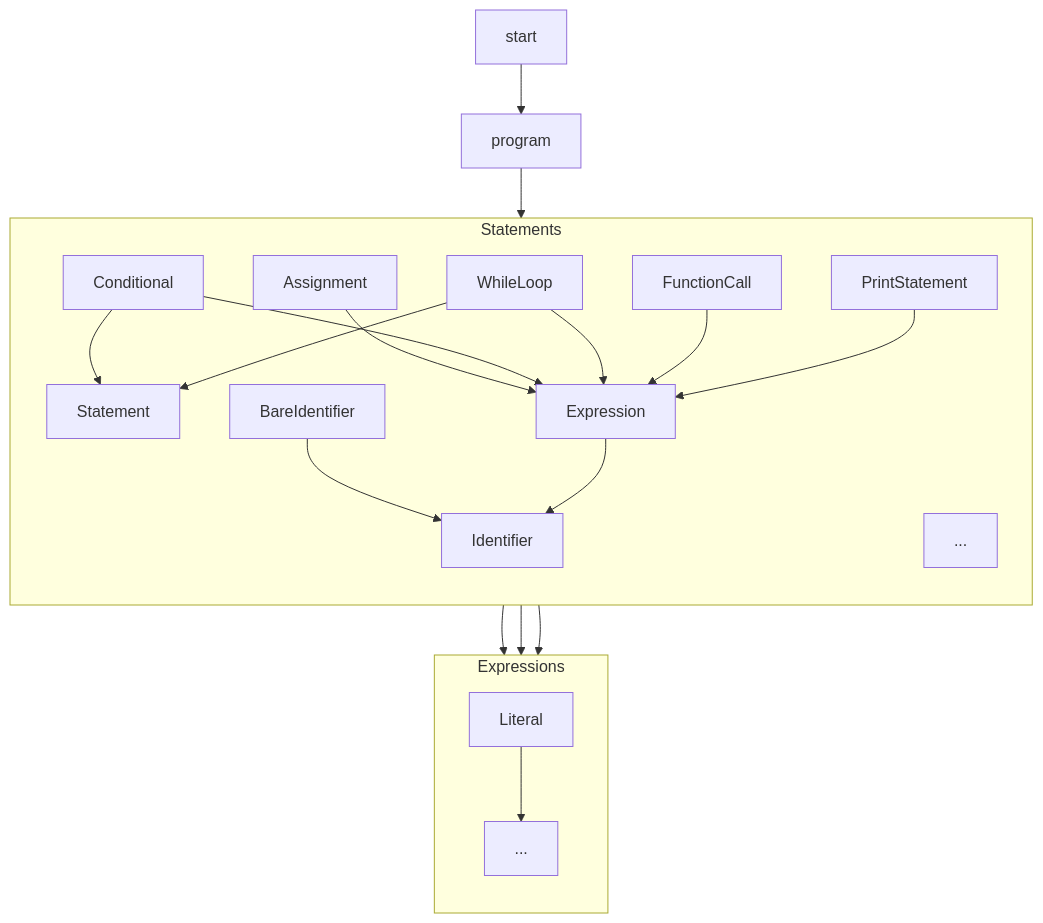
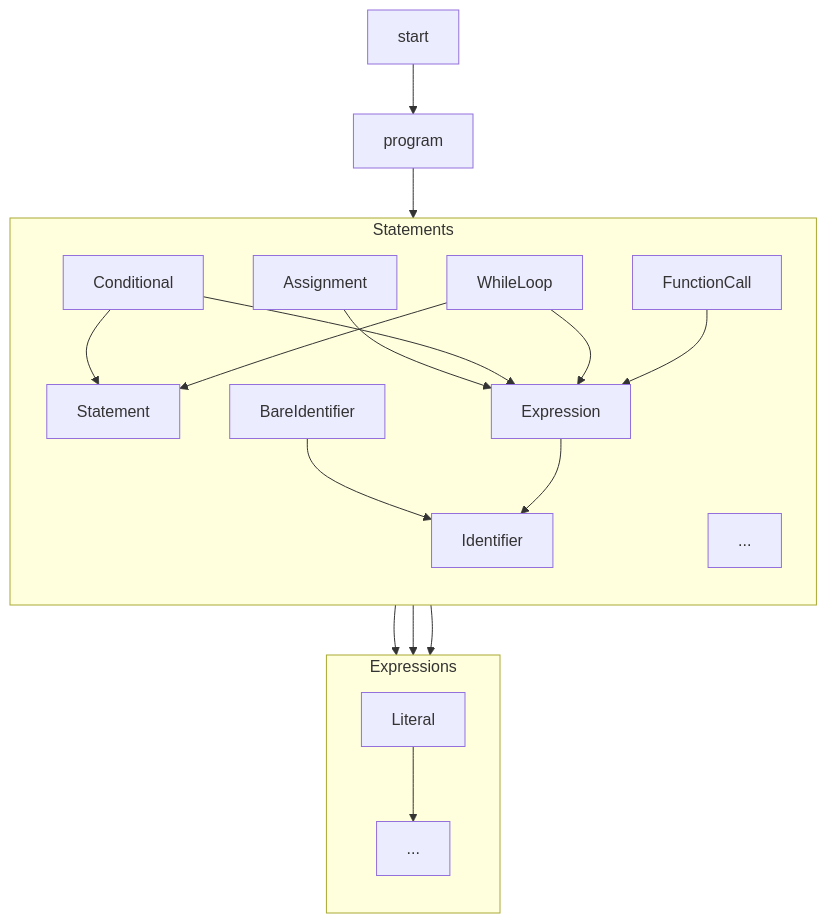
Before and after one commit to aitomatic/dana: the diagram in docs/dana/grammar.md, drawn with Mermaid. The commit also changed other lines of this file and 2 other files, not shown here.

First line of the commit message:
Refactor print statement handling in documentation and grammar

````diff
--- a/docs/dana/grammar.md
+++ b/docs/dana/grammar.md
@@ -59,35 +59,33 @@
 ```mermaid
 graph TD
     Start["start"] --> Program["program"]
     Program --> Statements
     subgraph Statements
         direction TB
         Assignment
         Conditional
         WhileLoop
         FunctionCall
-        PrintStatement
         BareIdentifier
         ETC[...]
         Conditional --> Statement
         WhileLoop --> Statement
         Assignment --> Expression
         Conditional --> Expression
         WhileLoop --> Expression
         FunctionCall --> Expression
-        PrintStatement --> Expression
         BareIdentifier --> Identifier
     end
     Statements --> Expressions
     subgraph Expressions
         direction TB
         Expression
         Identifier
         Literal
         ETC2[...]
         Expression --> Identifier
         Expression --> Literal
         Identifier --> ETC2
         Literal --> ETC2
     end
 ```
````
